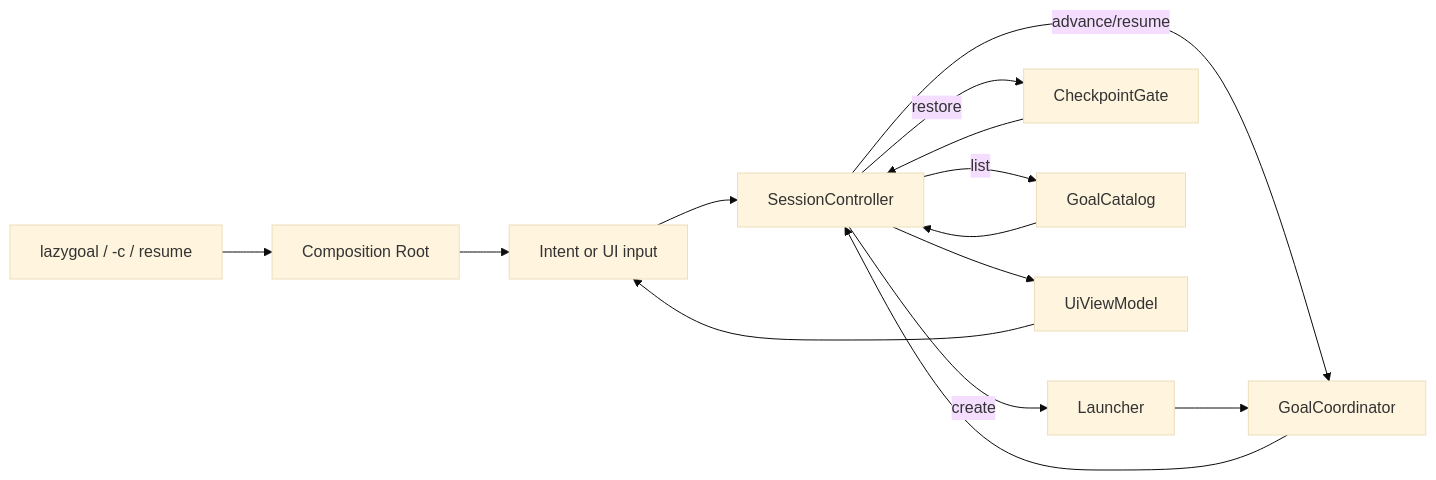
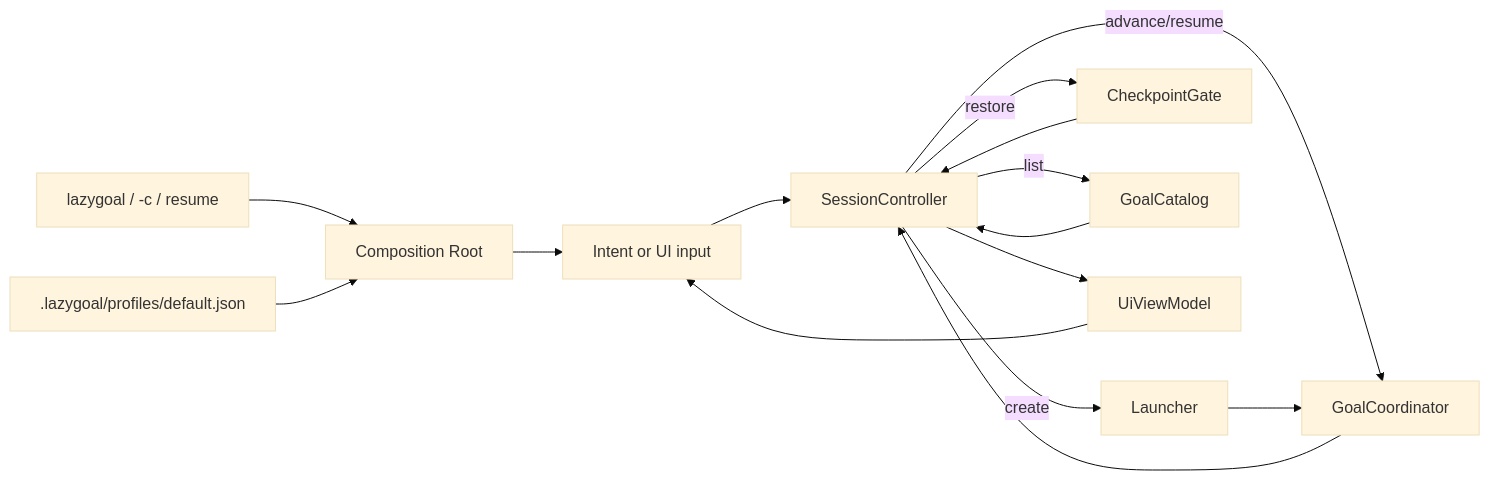
Before and after one commit to ccasJay/LazyGoal: the diagram in docs/architecture/tui.md, drawn with Mermaid (base theme). The commit also changed other lines of this file and 10 other files, not shown here.

````diff
--- a/docs/architecture/tui.md
+++ b/docs/architecture/tui.md
@@ -26,16 +26,17 @@
 ```mermaid
 flowchart LR
     CLI[lazygoal / -c / resume] --> B[Composition Root]
+    P[.lazygoal/profiles/default.json] --> B
     B --> I[Intent or UI input]
     I --> C[SessionController]
     C -->|create| L[Launcher]
     C -->|restore| S[CheckpointGate]
     C -->|list| G[GoalCatalog]
     C -->|advance/resume| K[GoalCoordinator]
     L --> K
     S --> C
     G --> C
     K --> C
     C --> V[UiViewModel]
     V --> I
 ```
````
